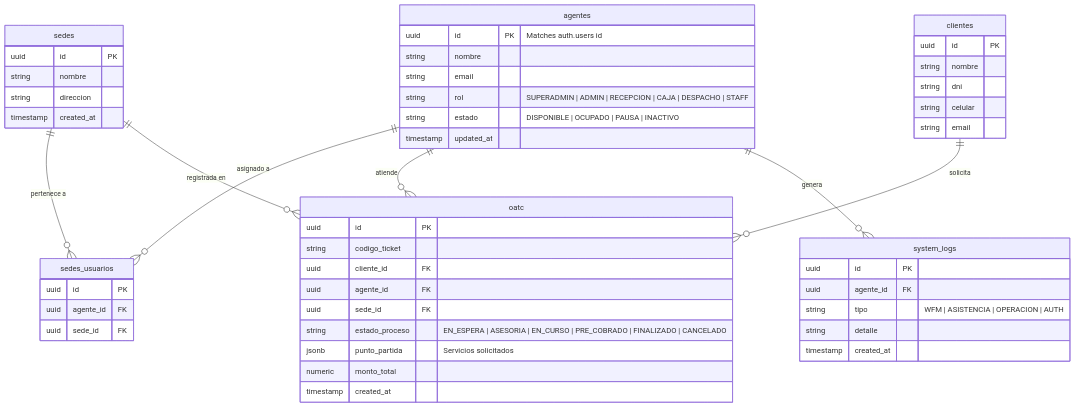
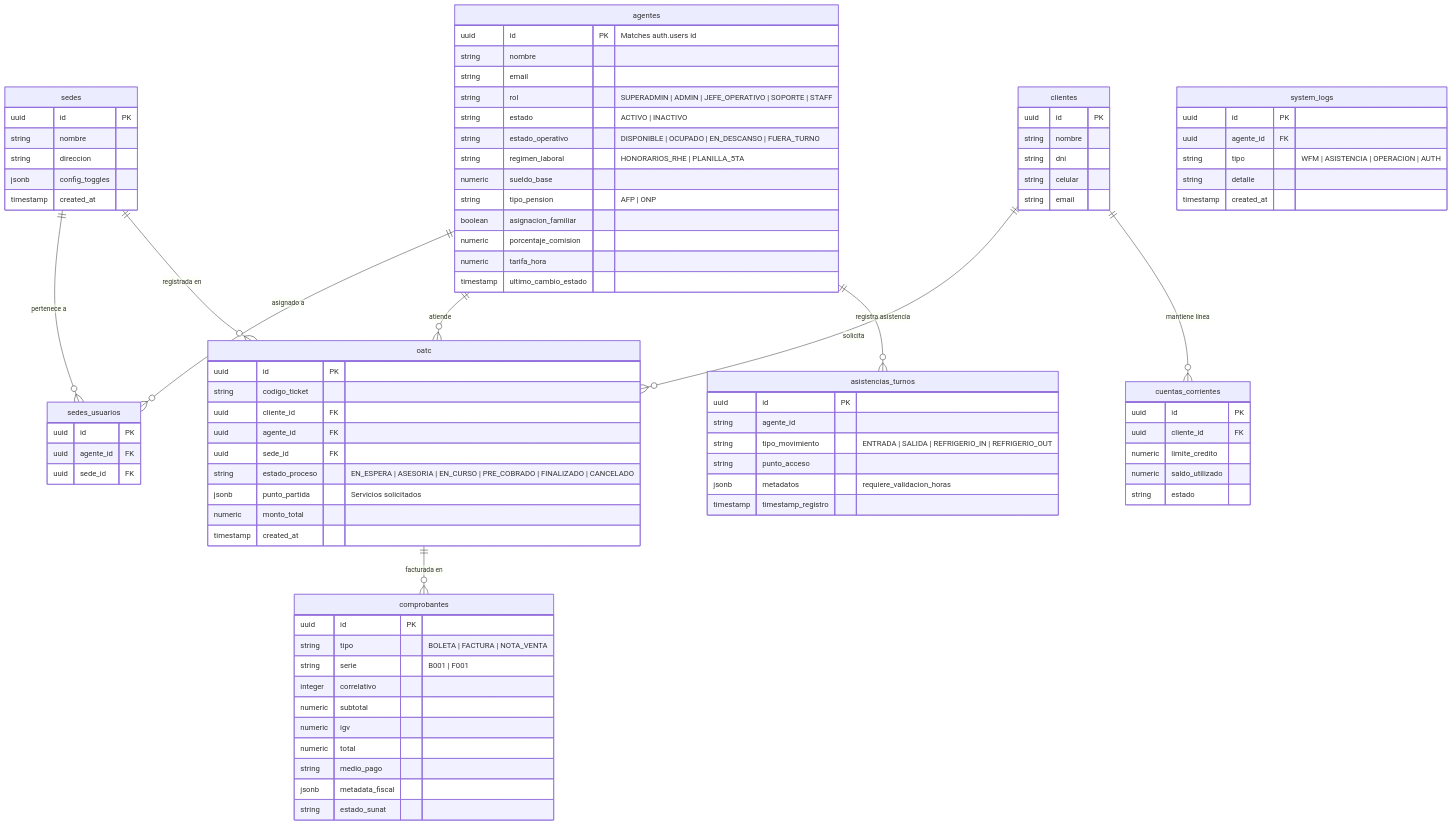
The first of 4 diagrams in docs/architecture/ARCHITECTURE_VAULT.md (gonzalesCorp-repo/Vercel-SupB-CorpGonzales), drawn with Mermaid before and after one commit. The commit also changed 170 other files, not shown here.

```diff
--- a/docs/architecture/ARCHITECTURE_VAULT.md
+++ b/docs/architecture/ARCHITECTURE_VAULT.md
@@ -13,12 +13,15 @@
     agentes ||--o{ oatc : "atiende"
     clientes ||--o{ oatc : "solicita"
     sedes ||--o{ oatc : "registrada en"
-    agentes ||--o{ system_logs : "genera"
+    oatc ||--o{ comprobantes : "facturada en"
+    clientes ||--o{ cuentas_corrientes : "mantiene línea"
+    agentes ||--o{ asistencias_turnos : "registra asistencia"
     
     sedes {
         uuid id PK
         string nombre
         string direccion
+        jsonb config_toggles
         timestamp created_at
     }
 
@@ -26,9 +29,46 @@
         uuid id PK "Matches auth.users id"
         string nombre
         string email
-        string rol "SUPERADMIN | ADMIN | RECEPCION | CAJA | DESPACHO | STAFF"
-        string estado "DISPONIBLE | OCUPADO | PAUSA | INACTIVO"
-        timestamp updated_at
+        string rol "SUPERADMIN | ADMIN | JEFE_OPERATIVO | SOPORTE | STAFF"
+        string estado "ACTIVO | INACTIVO"
+        string estado_operativo "DISPONIBLE | OCUPADO | EN_DESCANSO | FUERA_TURNO"
+        string regimen_laboral "HONORARIOS_RHE | PLANILLA_5TA"
+        numeric sueldo_base
+        string tipo_pension "AFP | ONP"
+        boolean asignacion_familiar
+        numeric porcentaje_comision
+        numeric tarifa_hora
+        timestamp ultimo_cambio_estado
+    }
+
+    comprobantes {
+        uuid id PK
+        string tipo "BOLETA | FACTURA | NOTA_VENTA"
+        string serie "B001 | F001"
+        integer correlativo
+        numeric subtotal
+        numeric igv
+        numeric total
+        string medio_pago
+        jsonb metadata_fiscal
+        string estado_sunat
+    }
+
+    cuentas_corrientes {
+        uuid id PK
+        uuid cliente_id FK
+        numeric limite_credito
+        numeric saldo_utilizado
+        string estado
+    }
+
+    asistencias_turnos {
+        uuid id PK
+        string agente_id
+        string tipo_movimiento "ENTRADA | SALIDA | REFRIGERIO_IN | REFRIGERIO_OUT"
+        string punto_acceso
+        jsonb metadatos "requiere_validacion_horas"
+        timestamp timestamp_registro
     }
 
     sedes_usuarios {
```
